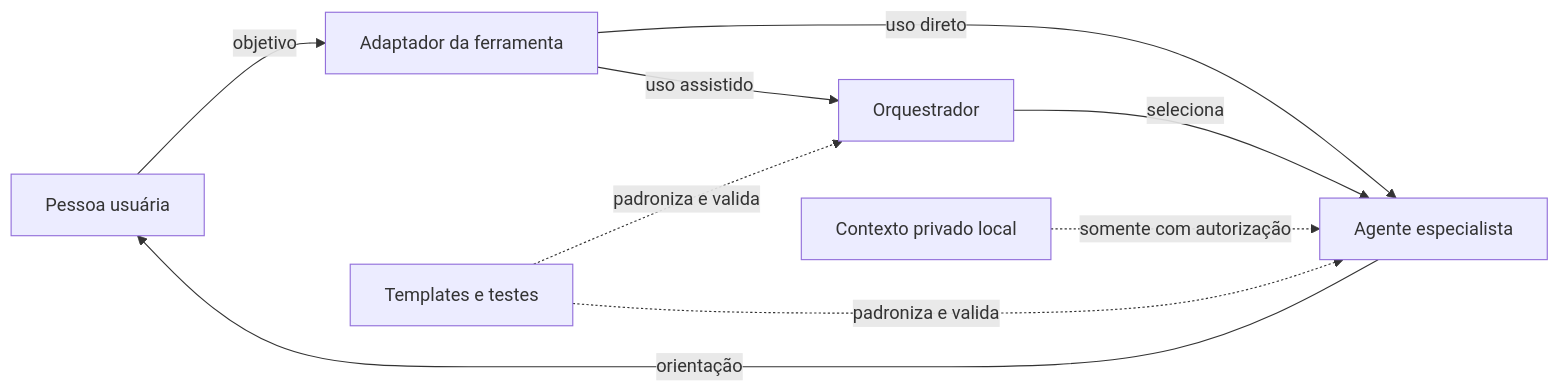
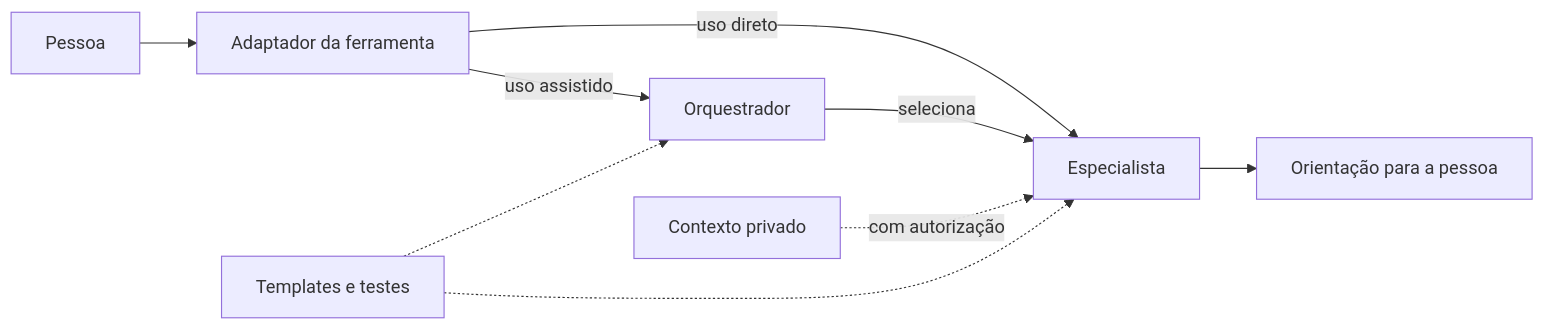
The diagram in docs/arquitetura.md (lucasteixeirati/personal-ai-agents), drawn with Mermaid before and after one commit. The commit also changed other lines of this file and 5 other files, not shown here.

````diff
--- a/docs/arquitetura.md
+++ b/docs/arquitetura.md
@@ -17,18 +17,11 @@
 ```mermaid
 flowchart LR
-    U[Pessoa usuária]
-    I[Adaptador da ferramenta]
-    O[Orquestrador]
-    A[Agente especialista]
-    P[Contexto privado local]
-    Q[Templates e testes]
-
-    U -->|objetivo| I
-    I -->|uso assistido| O
-    I -->|uso direto| A
+    U[Pessoa] --> I[Adaptador da ferramenta]
+    I -->|uso assistido| O[Orquestrador]
+    I -->|uso direto| A[Especialista]
     O -->|seleciona| A
-    P -.->|somente com autorização| A
-    A -->|orientação| U
-    Q -.->|padroniza e valida| O
-    Q -.->|padroniza e valida| A
+    P[Contexto privado] -.->|com autorização| A
+    A --> R[Orientação para a pessoa]
+    T[Templates e testes] -.-> O
+    T -.-> A
 ```
````
